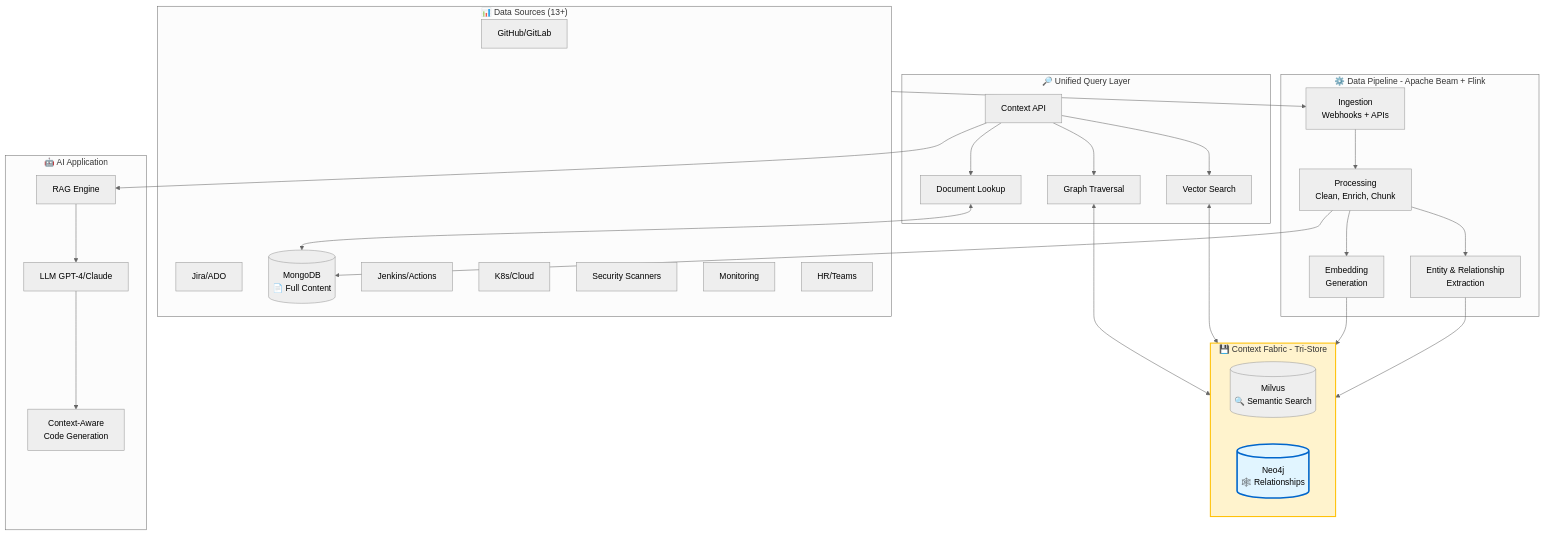
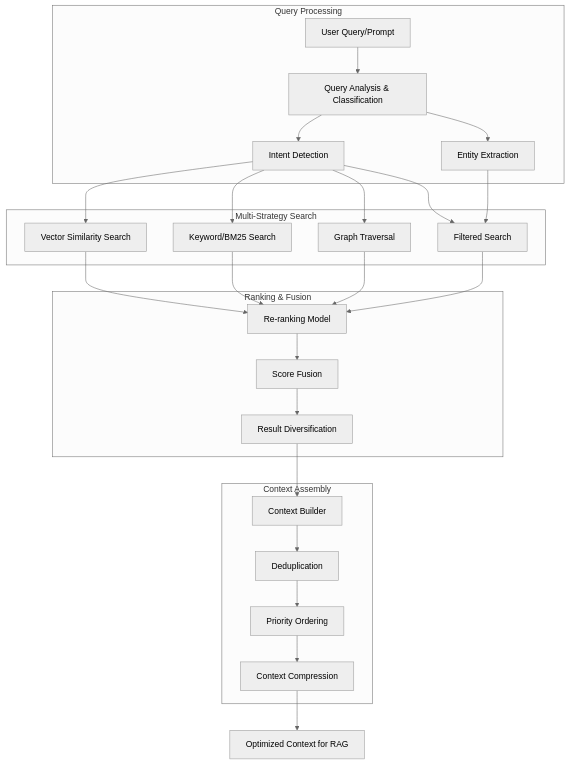
Before and after one commit to judebantony/e2e-k8s-installer: the sixth of 11 diagrams in SDLC_AI_CONTEXT_STORE_SIMPLIFIED.md, drawn with Mermaid (neutral theme). The commit also changed other lines of this file, not shown here.

Commit message:
Implement feature X to enhance user experience and fix bug Y in module Z

````diff
--- a/SDLC_AI_CONTEXT_STORE_SIMPLIFIED.md
+++ b/SDLC_AI_CONTEXT_STORE_SIMPLIFIED.md
@@ -27,57 +592,40 @@
 ```mermaid
 flowchart TB
-    subgraph Sources["📊 Data Sources (13+)"]
-        GIT[GitHub/GitLab]
-        JIRA[Jira/ADO]
-        DOCS[Confluence/Wiki]
-        CICD[Jenkins/Actions]
-        INFRA[K8s/Cloud]
-        SEC[Security Scanners]
-        MON[Monitoring]
-        ORG[HR/Teams]
+    subgraph "Query Processing"
+        USER_QUERY[User Query/Prompt]
+        QUERY_ANALYSIS[Query Analysis & Classification]
+        INTENT[Intent Detection]
+        ENTITY[Entity Extraction]
     end
 
-    subgraph Pipeline["⚙️ Data Pipeline - Apache Beam + Flink"]
-        INGEST[Ingestion<br/>Webhooks + APIs]
-        PROCESS[Processing<br/>Clean, Enrich, Chunk]
-        EXTRACT[Entity & Relationship<br/>Extraction]
-        EMBED[Embedding<br/>Generation]
+    subgraph "Multi-Strategy Search"
+        VECTOR[Vector Similarity Search]
+        KEYWORD[Keyword/BM25 Search]
+        GRAPH[Graph Traversal]
+        FILTER[Filtered Search]
     end
 
-    subgraph Storage["💾 Context Fabric - Tri-Store"]
-        direction LR
-        VECTOR[(Milvus<br/>🔍 Semantic Search)]
-        DOCS[(MongoDB<br/>📄 Full Content)]
-        GRAPH[(Neo4j<br/>🕸️ Relationships)]
+    subgraph "Ranking & Fusion"
+        RERANK[Re-ranking Model]
+        SCORE_FUSION[Score Fusion]
+        DIVERSITY[Result Diversification]
     end
 
-    subgraph Query["🔎 Unified Query Layer"]
-        API[Context API]
-        VSEARCH[Vector Search]
-        GSEARCH[Graph Traversal]
-        DSEARCH[Document Lookup]
+    subgraph "Context Assembly"
+        CONTEXT_BUILD[Context Builder]
+        DEDUP[Deduplication]
+        PRIORITY[Priority Ordering]
+        COMPRESS[Context Compression]
     end
 
-    subgraph App["🤖 AI Application"]
-        RAG[RAG Engine]
-        LLM[LLM GPT-4/Claude]
-        OUTPUT[Context-Aware<br/>Code Generation]
-    end
-
-    Sources --> INGEST
-    INGEST --> PROCESS
-    PROCESS --> EXTRACT & EMBED
-    EXTRACT --> GRAPH
-    EMBED --> VECTOR
-    PROCESS --> DOCS
+    USER_QUERY --> QUERY_ANALYSIS --> INTENT & ENTITY
     
-    API --> VSEARCH & GSEARCH & DSEARCH
-    VSEARCH <--> VECTOR
-    GSEARCH <--> GRAPH
-    DSEARCH <--> DOCS
+    INTENT --> VECTOR & KEYWORD & GRAPH & FILTER
+    ENTITY --> FILTER
     
-    API --> RAG --> LLM --> OUTPUT
+    VECTOR & KEYWORD & GRAPH & FILTER --> RERANK
+    RERANK --> SCORE_FUSION --> DIVERSITY
     
-    style GRAPH fill:#e1f5ff,stroke:#0066cc,stroke-width:3px
-    style Storage fill:#fff3cd,stroke:#ffc107,stroke-width:2px
+    DIVERSITY --> CONTEXT_BUILD --> DEDUP --> PRIORITY --> COMPRESS
+    COMPRESS --> OUTPUT[Optimized Context for RAG]
 ```
````
